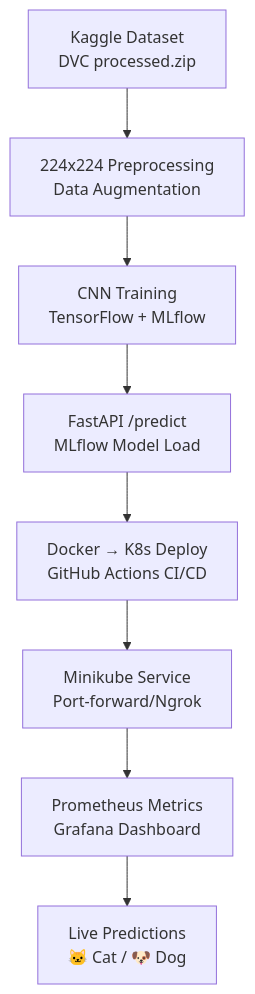
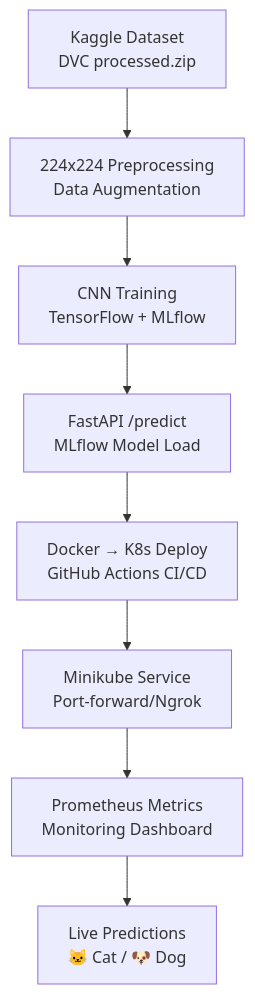
Before and after one commit to 2024aa05152-collab/mlops-cats-dogs: the diagram in README.md, drawn with Mermaid. The commit also changed other lines of this file, not shown here.

Commit message:
Update README with project architecture

````diff
--- a/README.md
+++ b/README.md
@@ -17,10 +17,10 @@
 ```mermaid
 graph TD
     A[Kaggle Dataset<br/>DVC processed.zip] --> B[224x224 Preprocessing<br/>Data Augmentation]
     B --> C[CNN Training<br/>TensorFlow + MLflow]
     C --> D[FastAPI /predict<br/>MLflow Model Load]
     D --> E[Docker → K8s Deploy<br/>GitHub Actions CI/CD]
     E --> F[Minikube Service<br/>Port-forward/Ngrok]
-    F --> G[Prometheus Metrics<br/>Grafana Dashboard]
+    F --> G[Prometheus Metrics<br/>Monitoring Dashboard]
     G --> H[Live Predictions<br/>🐱 Cat / 🐶 Dog]
 ```
````
